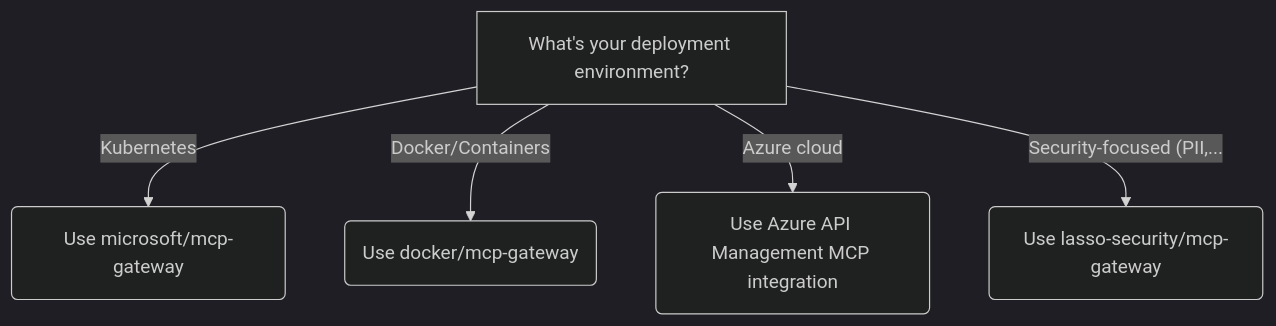
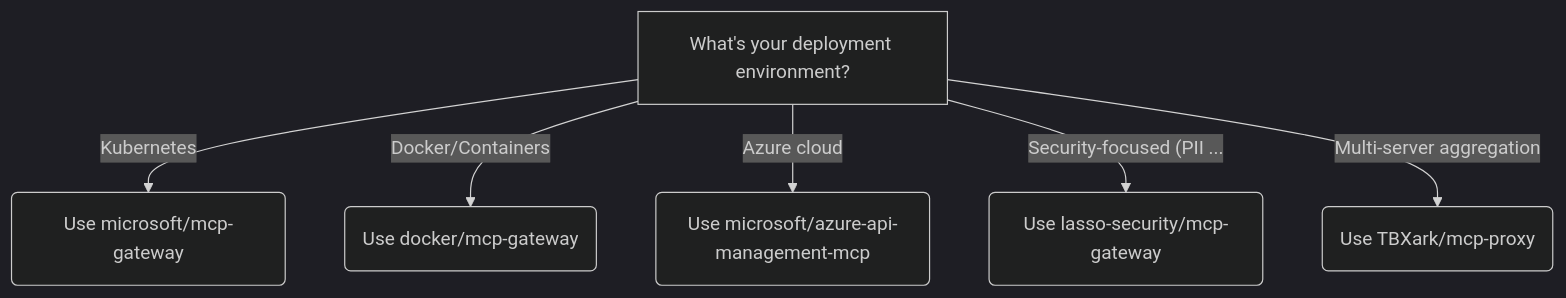
One commit to kb4ai/mcp-client-tools-comparison-pub-kb changed the fifth of 10 diagrams in comparisons/decision-tree.md. Above: the diagram before and after it, drawn with Mermaid (dark theme). The commit also changed other lines of this file and 4 other files, not shown here.

````diff
--- a/comparisons/decision-tree.md
+++ b/comparisons/decision-tree.md
@@ -102,14 +122,16 @@
 ```mermaid
 %% Subtree: Enterprise - Production infrastructure
 
 flowchart TD
     mcp_tool_chooser_3["What's your deployment environment?"]
     mcp_tool_chooser_3 -->|"Kubernetes"| mcp_tool_chooser_3_0
     mcp_tool_chooser_3_0("Use microsoft/mcp-gateway")
     mcp_tool_chooser_3 -->|"Docker/Containers"| mcp_tool_chooser_3_1
     mcp_tool_chooser_3_1("Use docker/mcp-gateway")
     mcp_tool_chooser_3 -->|"Azure cloud"| mcp_tool_chooser_3_2
-    mcp_tool_chooser_3_2("Use Azure API Management MCP integration")
-    mcp_tool_chooser_3 -->|"Security-focused (PII,..."| mcp_tool_chooser_3_3
+    mcp_tool_chooser_3_2("Use microsoft/azure-api-management-mcp")
+    mcp_tool_chooser_3 -->|"Security-focused (PII ..."| mcp_tool_chooser_3_3
     mcp_tool_chooser_3_3("Use lasso-security/mcp-gateway")
+    mcp_tool_chooser_3 -->|"Multi-server aggregation"| mcp_tool_chooser_3_4
+    mcp_tool_chooser_3_4("Use TBXark/mcp-proxy")
 ```
````
